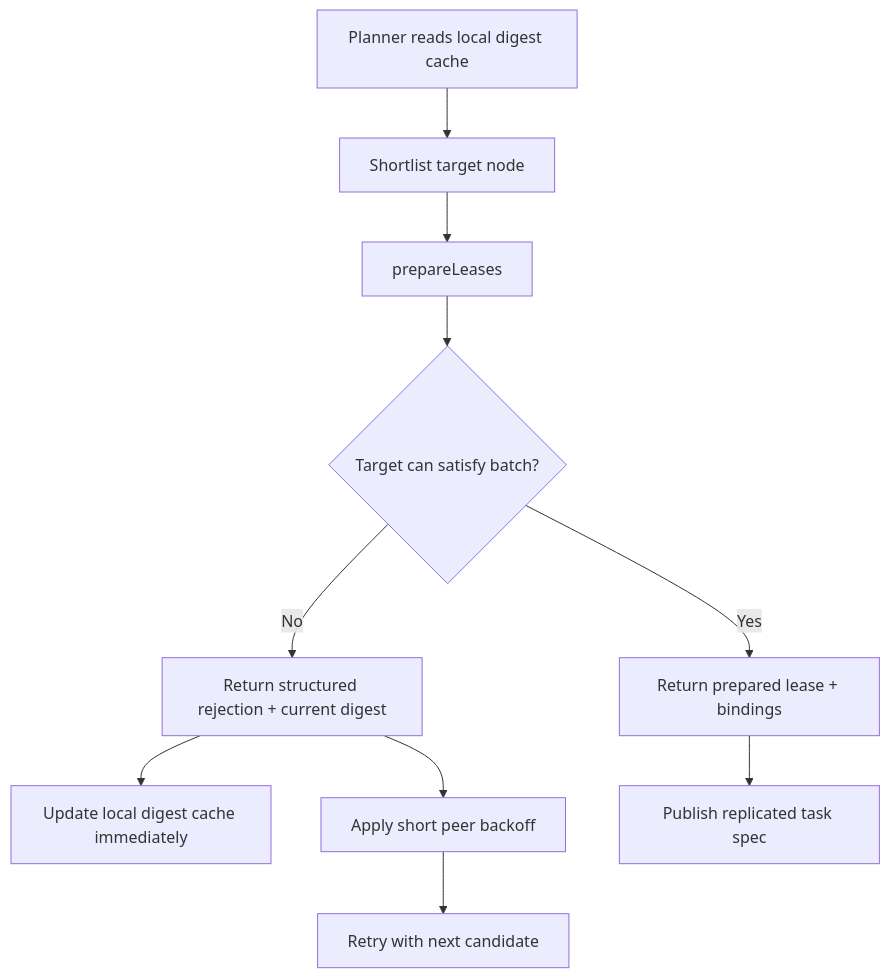
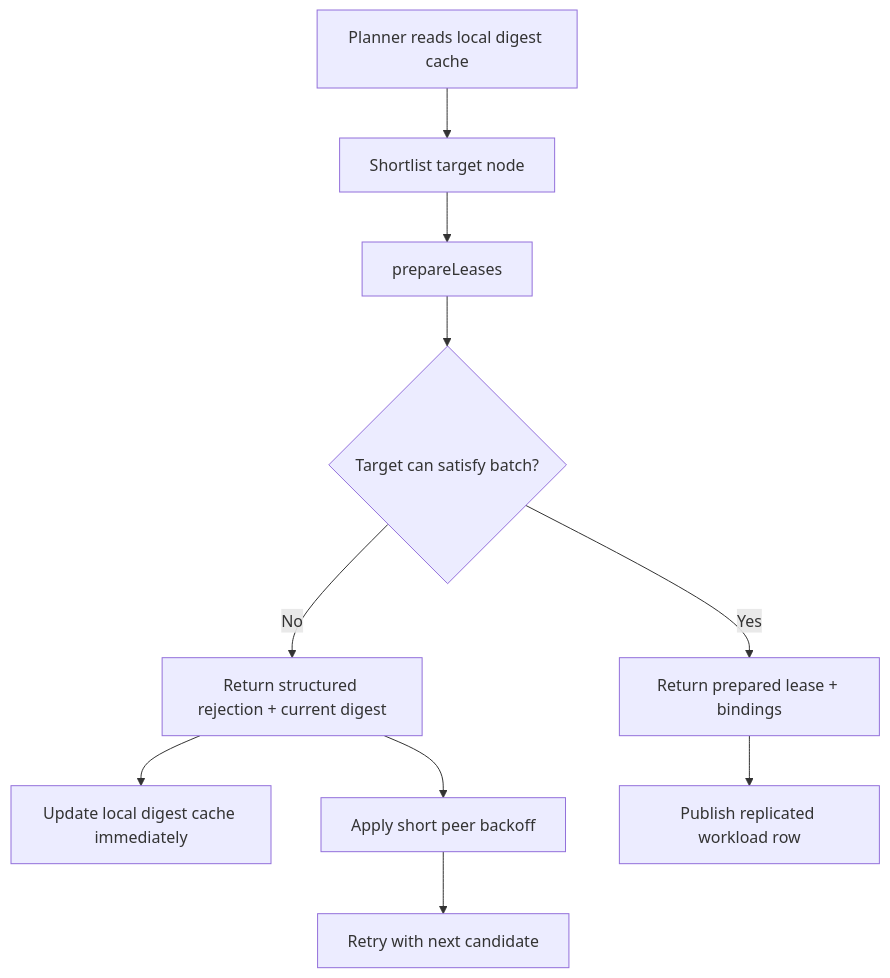
The third of 4 diagrams in docs/distributed-scheduler.md (MantissaLabs/mantissa), drawn with Mermaid before and after one commit. The commit also changed other lines of this file and 26 other files, not shown here.

````diff
--- a/docs/distributed-scheduler.md
+++ b/docs/distributed-scheduler.md
@@ -173,12 +173,12 @@
 ```mermaid
 flowchart TD
     A[Planner reads local digest cache] --> B[Shortlist target node]
     B --> C[prepareLeases]
     C --> D{Target can satisfy batch?}
     D -->|Yes| E[Return prepared lease + bindings]
     D -->|No| F[Return structured rejection + current digest]
     F --> G[Update local digest cache immediately]
     F --> H[Apply short peer backoff]
     H --> I[Retry with next candidate]
-    E --> J[Publish replicated task spec]
+    E --> J[Publish replicated workload row]
 ```
````
